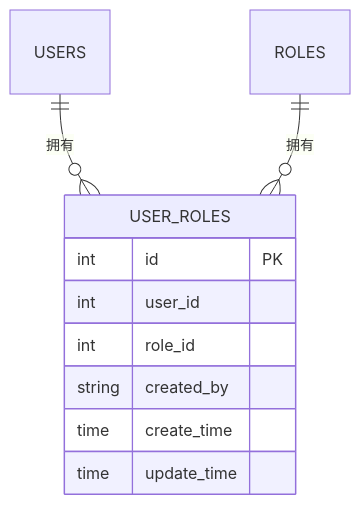
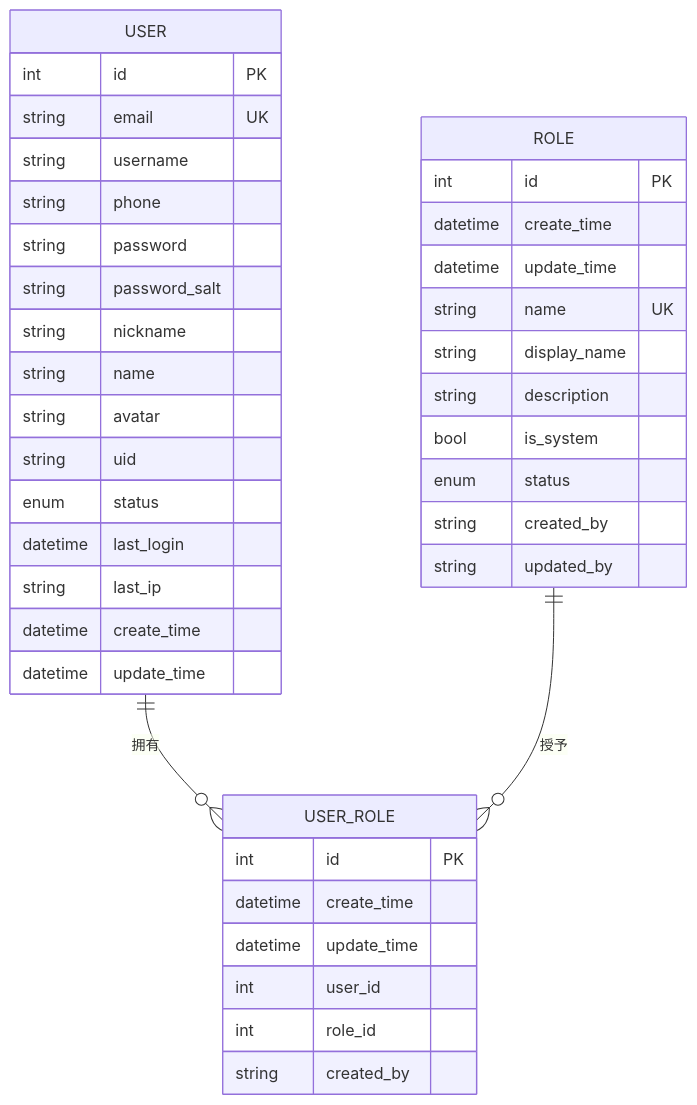
One commit to wuwuseo/e-sports-go-admin changed the fourth of 12 diagrams in .qoder/repowiki/zh/content/数据库设计/数据库设计.md. Above: the diagram before and after it, drawn with Mermaid. The commit also changed other lines of this file and 115 other files, not shown here.

````diff
--- a/.qoder/repowiki/zh/content/数据库设计/数据库设计.md
+++ b/.qoder/repowiki/zh/content/数据库设计/数据库设计.md
@@ -233,13 +213,42 @@
 ```mermaid
 erDiagram
-USER_ROLES {
+ROLE {
 int id PK
+datetime create_time
+datetime update_time
+string name UK
+string display_name
+string description
+bool is_system
+enum status
+string created_by
+string updated_by
+}
+USER {
+int id PK
+string email UK
+string username
+string phone
+string password
+string password_salt
+string nickname
+string name
+string avatar
+string uid
+enum status
+datetime last_login
+string last_ip
+datetime create_time
+datetime update_time
+}
+USER_ROLE {
+int id PK
+datetime create_time
+datetime update_time
 int user_id
 int role_id
 string created_by
-time create_time
-time update_time
 }
-USERS ||--o{ USER_ROLES : "拥有"
-ROLES ||--o{ USER_ROLES : "拥有"
+USER ||--o{ USER_ROLE : "拥有"
+ROLE ||--o{ USER_ROLE : "授予"
 ```
````
